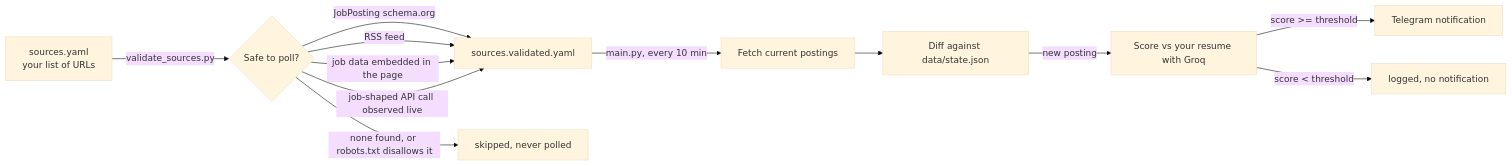
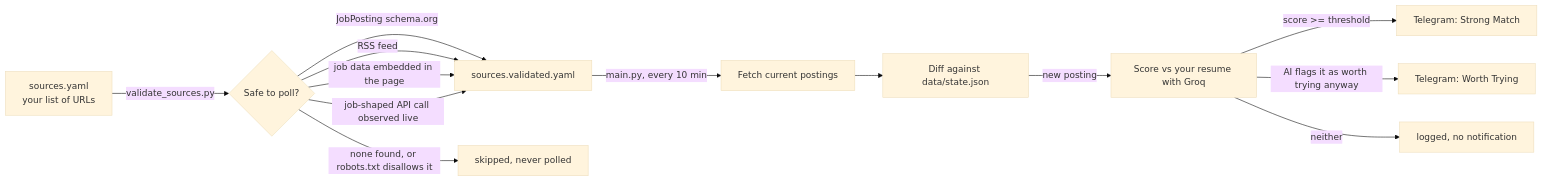
One commit to asherginting/pantau-loker changed the diagram in README.md. Above: the diagram before and after it, drawn with Mermaid (base theme). The commit also changed other lines of this file and 3 other files, not shown here.

````diff
--- a/README.md
+++ b/README.md
@@ -66,14 +66,15 @@
 ```mermaid
 flowchart LR
     A[sources.yaml<br/>your list of URLs] -->|validate_sources.py| B{Safe to poll?}
     B -->|JobPosting schema.org| C[sources.validated.yaml]
     B -->|RSS feed| C
     B -->|job data embedded in the page| C
     B -->|job-shaped API call observed live| C
     B -->|none found, or robots.txt disallows it| D[skipped, never polled]
     C -->|main.py, every 10 min| E[Fetch current postings]
     E --> F[Diff against data/state.json]
     F -->|new posting| G[Score vs your resume with Groq]
-    G -->|score >= threshold| H[Telegram notification]
-    G -->|score < threshold| I[logged, no notification]
+    G -->|score >= threshold| H["Telegram: Strong Match"]
+    G -->|AI flags it as worth trying anyway| J["Telegram: Worth Trying"]
+    G -->|neither| I[logged, no notification]
 ```
````
